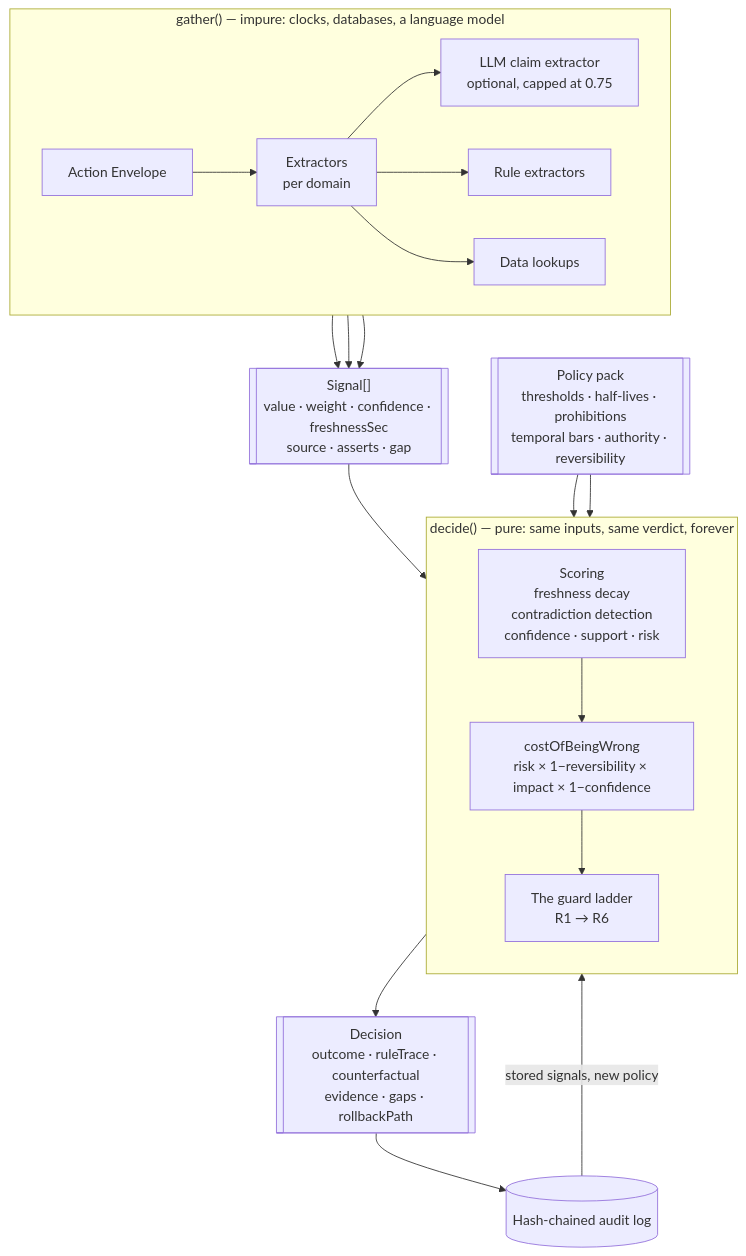
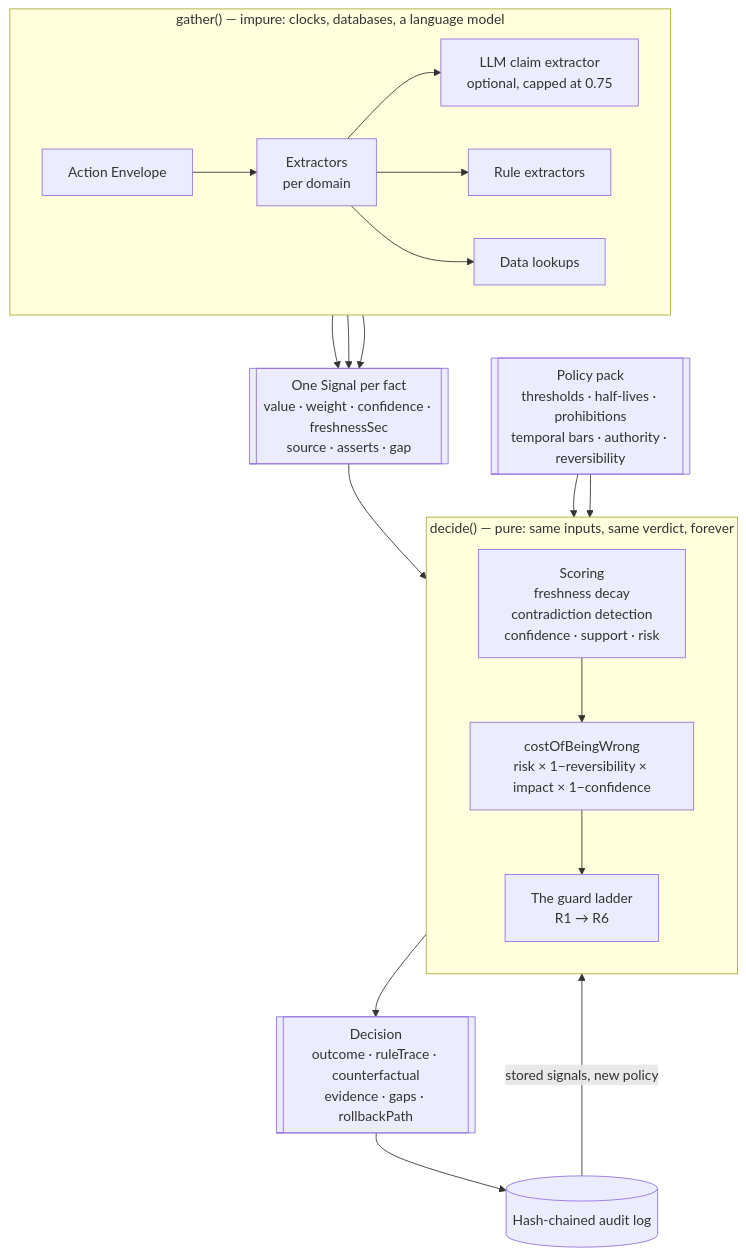
Before and after one commit to MFahd7/decision-engine: the first of 2 diagrams in ARCHITECTURE.md, drawn with Mermaid.

Commit message:
Avoid nested brackets in a Mermaid node label
"Signal[]" inside a [["..."]] subroutine node parses in current Mermaid but is
rejected by older parsers, and the architecture diagram is a graded deliverable
that has to render on first view. Both diagrams were verified by rendering them
with mermaid-cli rather than by inspection.

````diff
--- a/ARCHITECTURE.md
+++ b/ARCHITECTURE.md
@@ -10,32 +10,32 @@
 ```mermaid
 flowchart TB
     subgraph impure["gather() — impure: clocks, databases, a language model"]
         direction LR
         ENV[Action Envelope] --> EX
         EX[Extractors<br/>per domain] --> LLM[LLM claim extractor<br/>optional, capped at 0.75]
         EX --> RULES[Rule extractors]
         EX --> DATA[Data lookups]
     end
 
     LLM --> SIG
     RULES --> SIG
     DATA --> SIG
 
-    SIG[["Signal[]<br/>value · weight · confidence · freshnessSec<br/>source · asserts · gap"]]
+    SIG[["One Signal per fact<br/>value · weight · confidence · freshnessSec<br/>source · asserts · gap"]]
 
     subgraph pure["decide() — pure: same inputs, same verdict, forever"]
         direction TB
         SCORE[Scoring<br/>freshness decay<br/>contradiction detection<br/>confidence · support · risk]
         COST[costOfBeingWrong<br/>risk × 1−reversibility × impact × 1−confidence]
         LADDER[The guard ladder<br/>R1 → R6]
         SCORE --> COST --> LADDER
     end
 
     SIG --> SCORE
     POL[["Policy pack<br/>thresholds · half-lives · prohibitions<br/>temporal bars · authority · reversibility"]] --> SCORE
     POL --> LADDER
 
     LADDER --> DEC[["Decision<br/>outcome · ruleTrace · counterfactual<br/>evidence · gaps · rollbackPath"]]
     DEC --> AUDIT[(Hash-chained audit log)]
     AUDIT -->|stored signals, new policy| LADDER
 ```
````
